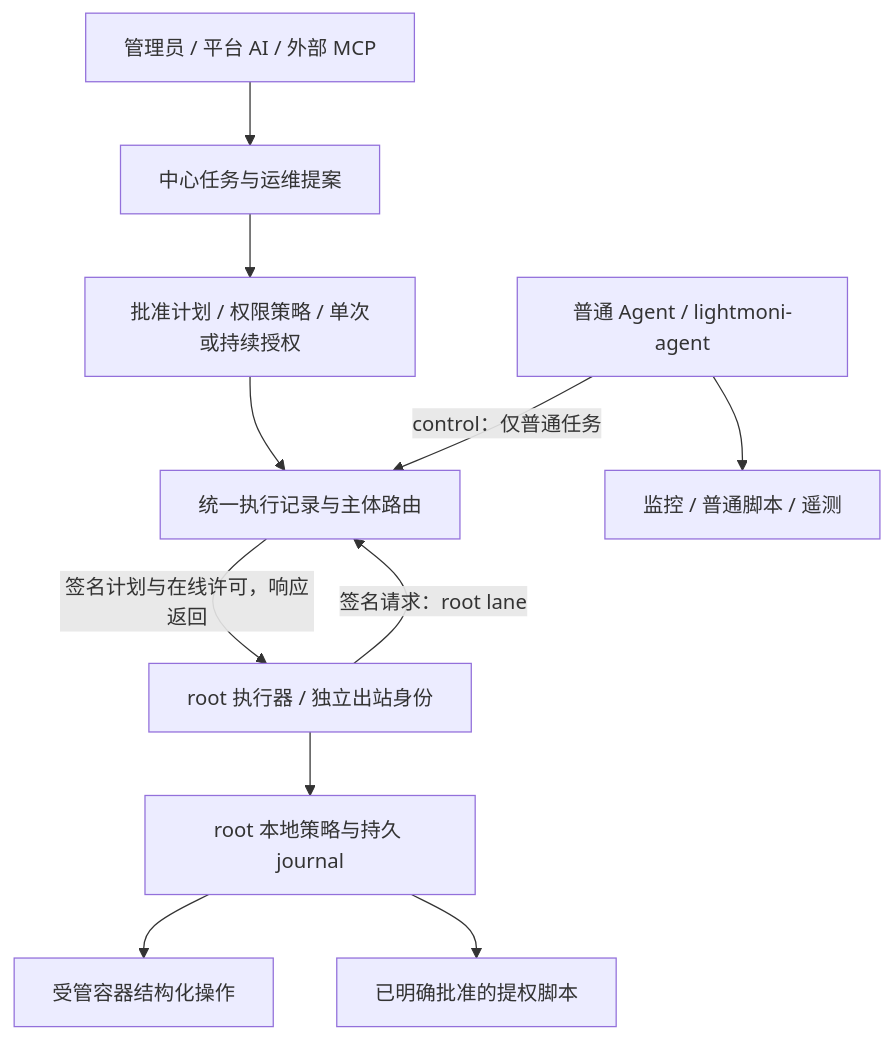
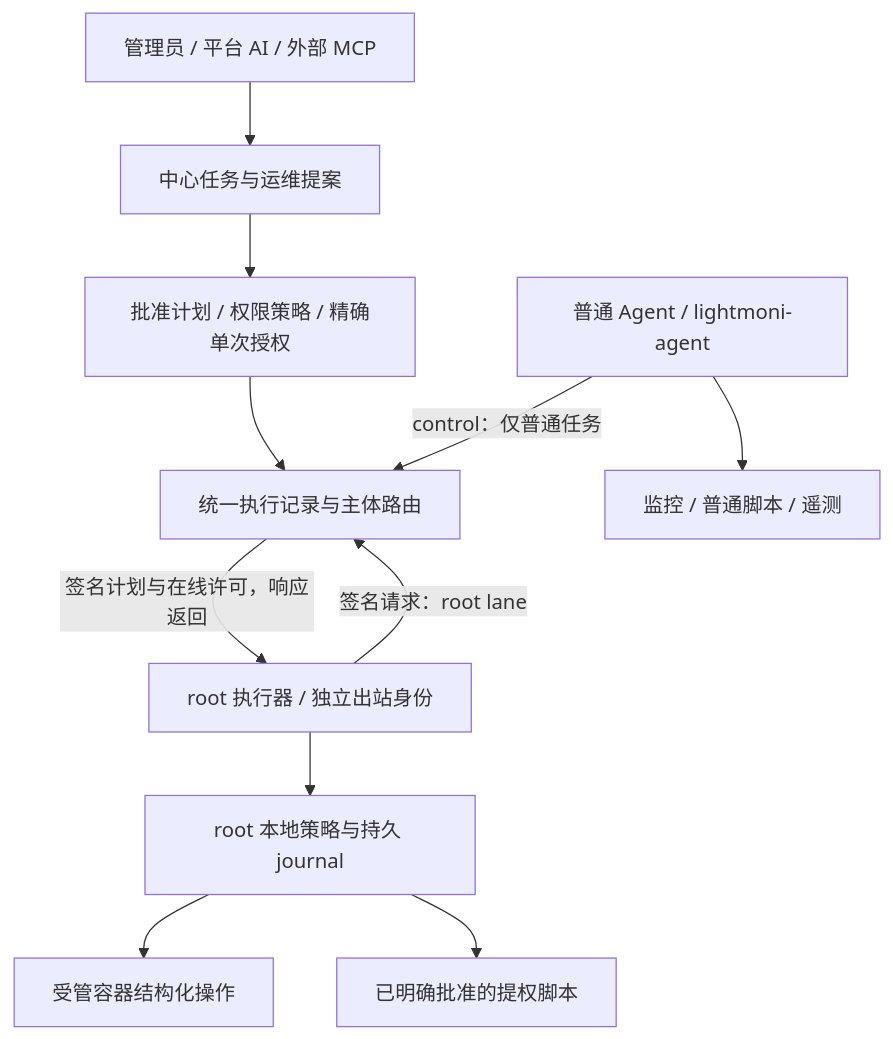
The first of 2 diagrams in docs/privileged-executor.md (workhold/lightmoni), drawn with Mermaid before and after one commit. The commit also changed other lines of this file and 98 other files, not shown here.

````diff
--- a/docs/privileged-executor.md
+++ b/docs/privileged-executor.md
@@ -48,13 +48,13 @@
 ```mermaid
 flowchart TB
   User[管理员 / 平台 AI / 外部 MCP] --> Task[中心任务与运维提案]
-  Task --> Auth[批准计划 / 权限策略 / 单次或持续授权]
+  Task --> Auth[批准计划 / 权限策略 / 精确单次授权]
   Auth --> Jobs[统一执行记录与主体路由]
   Agent[普通 Agent / lightmoni-agent] -->|control：仅普通任务| Jobs
   Executor[root 执行器 / 独立出站身份] -->|签名请求：root lane| Jobs
   Jobs -->|签名计划与在线许可，响应返回| Executor
   Agent --> Normal[监控 / 普通脚本 / 遥测]
   Executor --> Policy[root 本地策略与持久 journal]
   Policy --> Docker[受管容器结构化操作]
   Policy --> Script[已明确批准的提权脚本]
 ```
````
